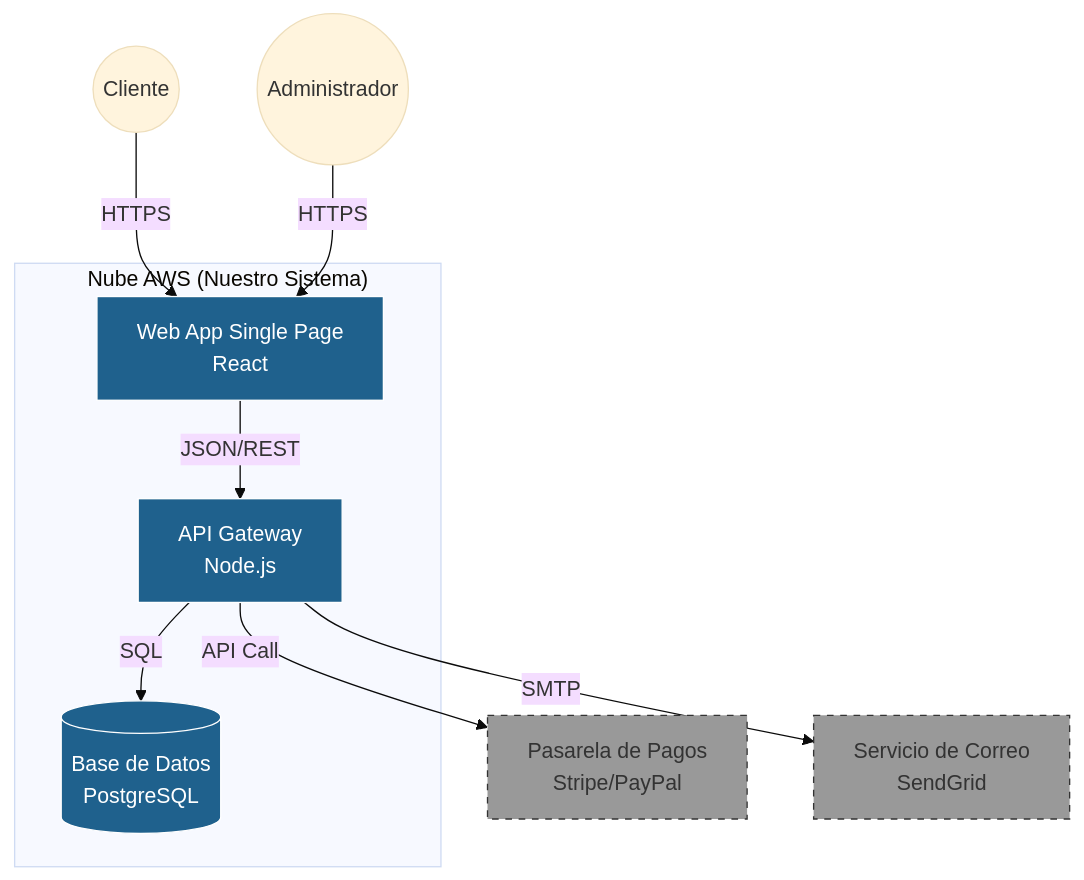
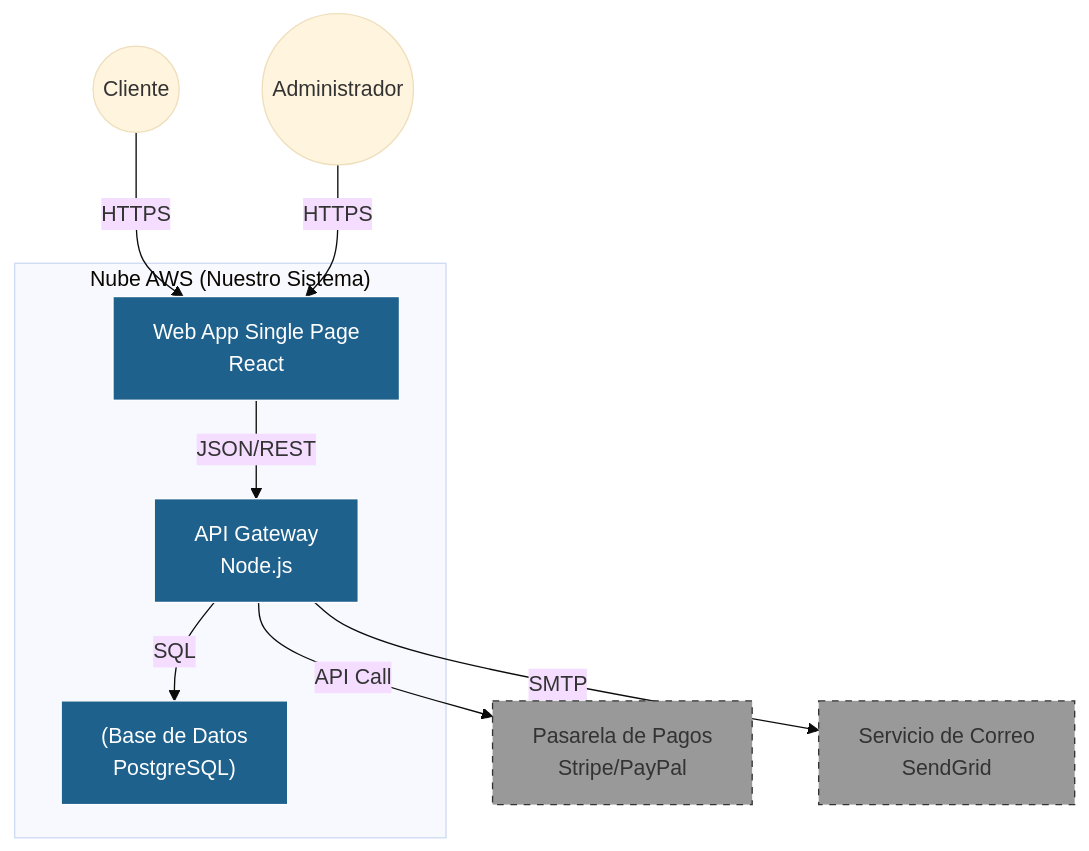
The diagram in docs/all-as-code/01_abstraccion.md (santosdevco/all_as_code), drawn with Mermaid (base theme) before and after one commit. The commit also changed other lines of this file and 77 other files, not shown here.

````diff
--- a/docs/all-as-code/01_abstraccion.md
+++ b/docs/all-as-code/01_abstraccion.md
@@ -45,31 +49,31 @@
     ```mermaid
     graph TB
         %% Nivel 1: Personas
         User((Cliente))
         Admin((Administrador))
 
         %% Nivel 2: Sistemas (Contenedores)
         subgraph "Nube AWS (Nuestro Sistema)"
-            SPA[Web App Single Page<br/>React]
-            API[API Gateway<br/>Node.js]
-            DB[(Base de Datos<br/>PostgreSQL)]
+            SPA["Web App Single Page<br/>React"]
+            API["API Gateway<br/>Node.js"]
+            DB["(Base de Datos<br/>PostgreSQL)"]
         end
 
         %% Sistemas Externos
-        Bank[Pasarela de Pagos<br/>Stripe/PayPal]
-        Email[Servicio de Correo<br/>SendGrid]
+        Bank["Pasarela de Pagos<br/>Stripe/PayPal"]
+        Email["Servicio de Correo<br/>SendGrid"]
 
         %% Relaciones
         User -->|HTTPS| SPA
         Admin -->|HTTPS| SPA
         SPA -->|JSON/REST| API
         API -->|SQL| DB
         API -->|API Call| Bank
         API -->|SMTP| Email
 
         %% Estilos
         classDef system fill:#1f618d,stroke:#fff,color:#fff;
         classDef external fill:#999,stroke:#333,stroke-dasharray: 5 5;
         class SPA,API,DB system;
         class Bank,Email external;
     ```
````
